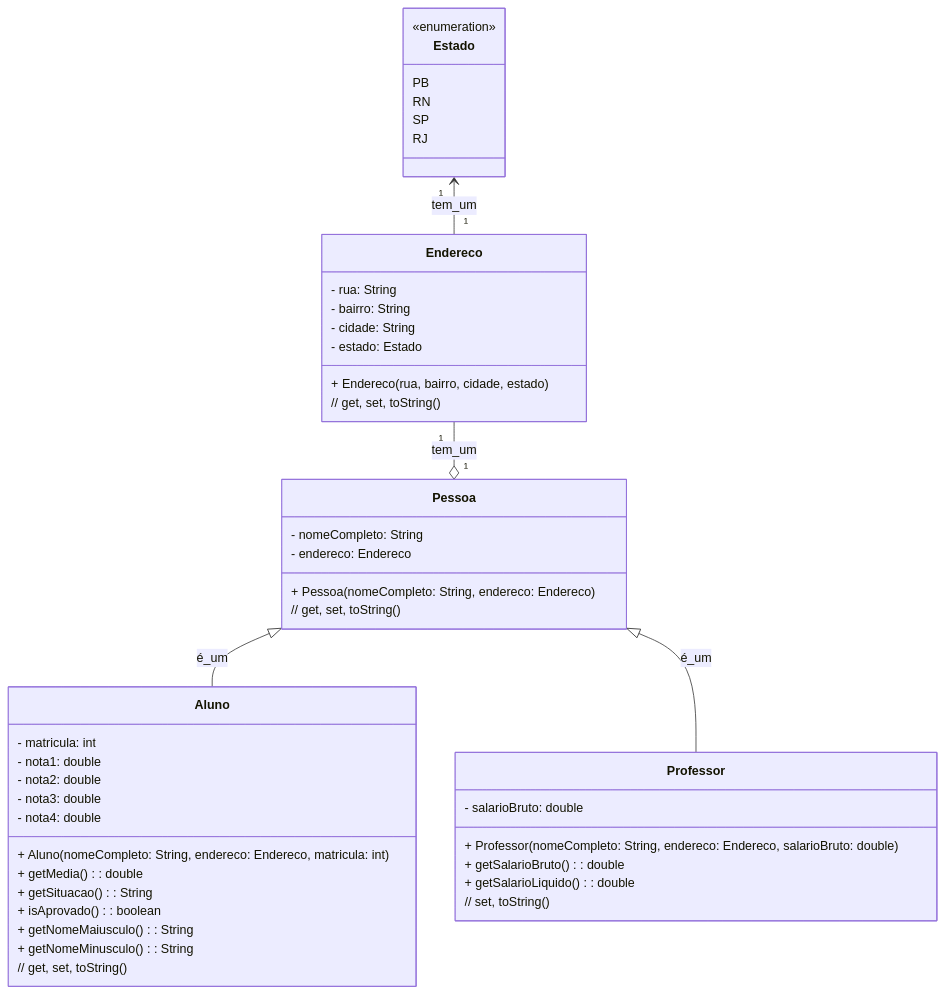
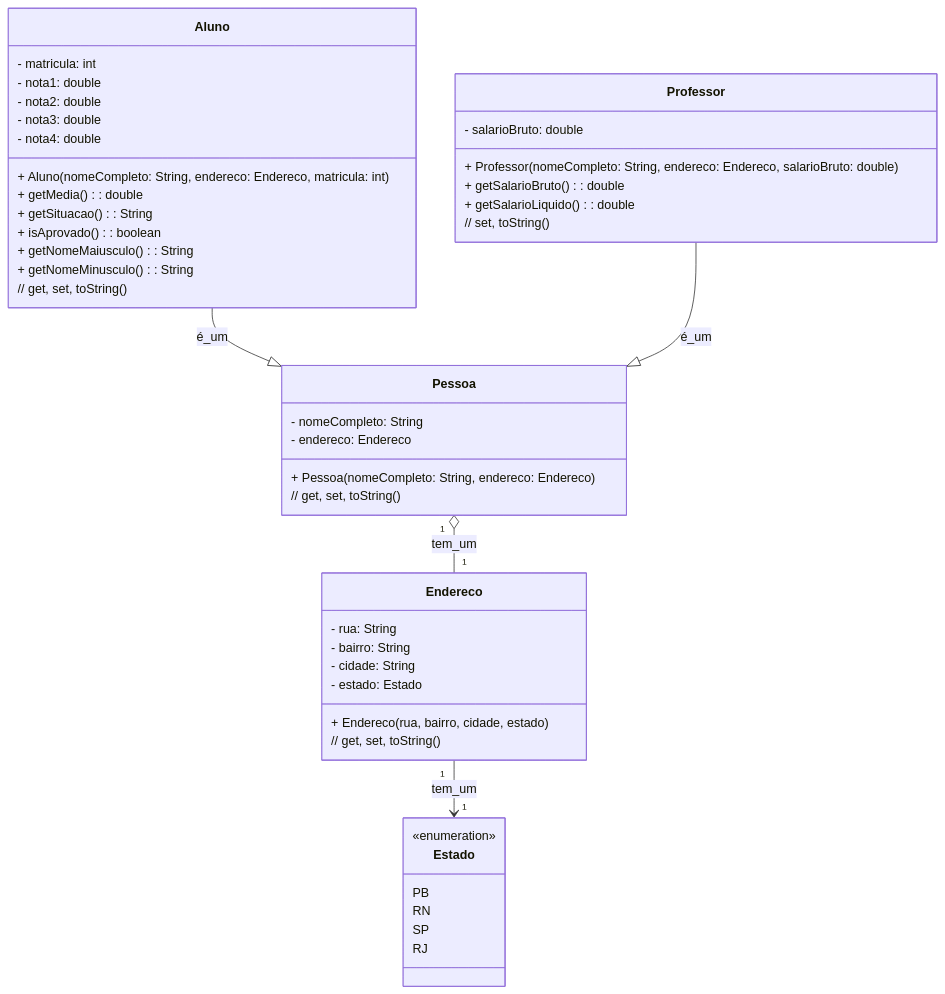
Before and after one commit to ap3ufersa/ap3_2026.1_xicoArruda: the diagram in unidade3/gabaritos/aula11/aula11_2_Pessoa_Aluno_Professor.md, drawn with Mermaid. The commit also changed other lines of this file, not shown here.

````diff
--- a/unidade3/gabaritos/aula11/aula11_2_Pessoa_Aluno_Professor.md
+++ b/unidade3/gabaritos/aula11/aula11_2_Pessoa_Aluno_Professor.md
@@ -18,56 +18,56 @@
 ```mermaid
 classDiagram
-direction BT
+direction TB
 
 class Pessoa {
     - nomeCompleto: String
     - endereco: Endereco
     + Pessoa(nomeCompleto: String, endereco: Endereco)
     // get, set, toString()
 }
 
 class Aluno {
     - matricula: int
     - nota1: double
     - nota2: double
     - nota3: double
     - nota4: double
     + Aluno(nomeCompleto: String, endereco: Endereco, matricula: int)
     + getMedia(): double
     + getSituacao(): String
     + isAprovado(): boolean
     + getNomeMaiusculo(): String
     + getNomeMinusculo(): String
     // get, set, toString()
 }
 
 class Professor {
     - salarioBruto: double
     + Professor(nomeCompleto: String, endereco: Endereco, salarioBruto: double)
     + getSalarioBruto(): double
     + getSalarioLiquido(): double
     // set, toString()
 }
 
 class Endereco {
     - rua: String
     - bairro: String
     - cidade: String
     - estado: Estado
     + Endereco(rua, bairro, cidade, estado)
     // get, set, toString()
 }
 
 class Estado {
     <<enumeration>>
     PB
     RN
     SP
     RJ
 }
 
 Aluno     --|> Pessoa  : é_um
 Professor --|> Pessoa  : é_um
 Pessoa    "1" o-- "1" Endereco : tem_um
 Endereco  "1" --> "1" Estado   : tem_um
 ```
````
